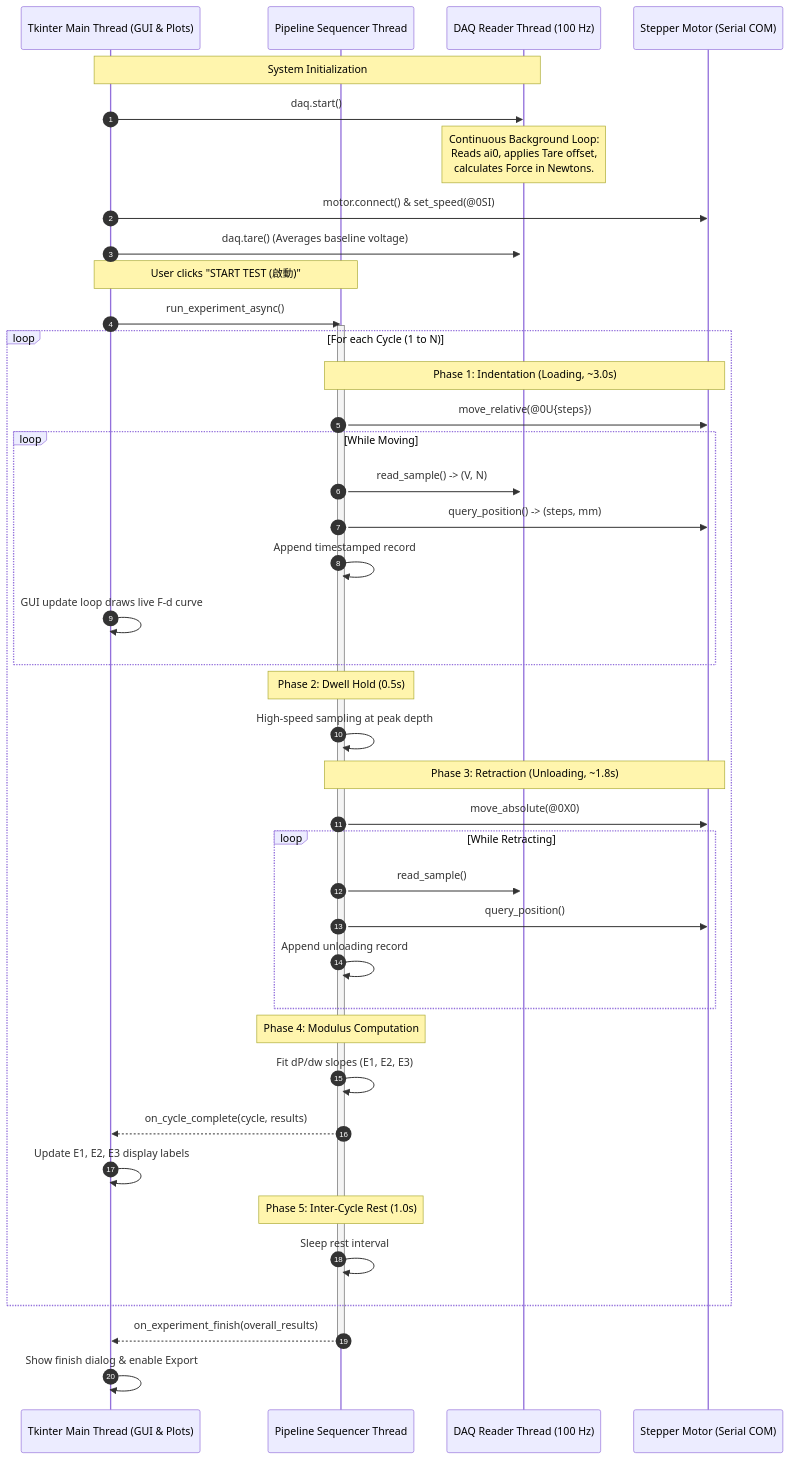
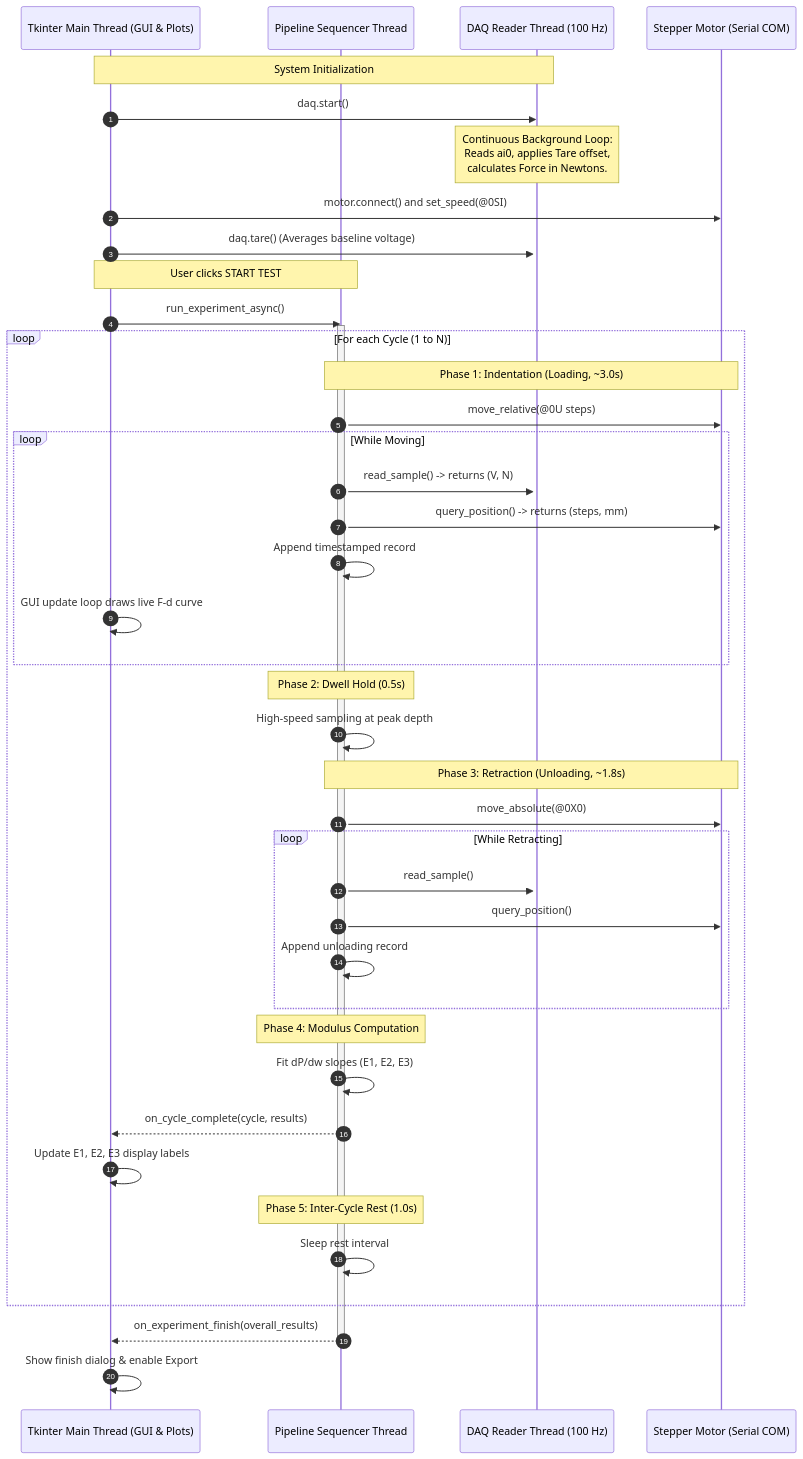
The second of 6 diagrams in WORKFLOW.md (Corneliox/Indenter_LabView2Python), drawn with Mermaid before and after one commit. The commit also changed other lines of this file, not shown here.

Commit message:
Fix Mermaid diagram syntax for GitHub rendering

````diff
--- a/WORKFLOW.md
+++ b/WORKFLOW.md
@@ -52,54 +52,54 @@
 ```mermaid
 sequenceDiagram
     autonumber
     participant GUI as Tkinter Main Thread (GUI & Plots)
     participant Seq as Pipeline Sequencer Thread
     participant DAQ as DAQ Reader Thread (100 Hz)
     participant Motor as Stepper Motor (Serial COM)
 
     Note over GUI,DAQ: System Initialization
     GUI->>DAQ: daq.start()
     activate DAQ
     Note over DAQ: Continuous Background Loop:<br/>Reads ai0, applies Tare offset,<br/>calculates Force in Newtons.
 
-    GUI->>Motor: motor.connect() & set_speed(@0SI)
+    GUI->>Motor: motor.connect() and set_speed(@0SI)
     GUI->>DAQ: daq.tare() (Averages baseline voltage)
 
-    Note over GUI,Seq: User clicks "START TEST (啟動)"
+    Note over GUI,Seq: User clicks START TEST
     GUI->>Seq: run_experiment_async()
     activate Seq
 
     loop For each Cycle (1 to N)
         Note over Seq,Motor: Phase 1: Indentation (Loading, ~3.0s)
-        Seq->>Motor: move_relative(@0U{steps})
+        Seq->>Motor: move_relative(@0U steps)
         loop While Moving
-            Seq->>DAQ: read_sample() -> (V, N)
-            Seq->>Motor: query_position() -> (steps, mm)
+            Seq->>DAQ: read_sample() -> returns (V, N)
+            Seq->>Motor: query_position() -> returns (steps, mm)
             Seq->>Seq: Append timestamped record
             GUI->>GUI: GUI update loop draws live F-d curve
         end
 
         Note over Seq: Phase 2: Dwell Hold (0.5s)
         Seq->>Seq: High-speed sampling at peak depth
 
         Note over Seq,Motor: Phase 3: Retraction (Unloading, ~1.8s)
         Seq->>Motor: move_absolute(@0X0)
         loop While Retracting
             Seq->>DAQ: read_sample()
             Seq->>Motor: query_position()
             Seq->>Seq: Append unloading record
         end
 
         Note over Seq: Phase 4: Modulus Computation
         Seq->>Seq: Fit dP/dw slopes (E1, E2, E3)
         Seq-->>GUI: on_cycle_complete(cycle, results)
         GUI->>GUI: Update E1, E2, E3 display labels
 
         Note over Seq: Phase 5: Inter-Cycle Rest (1.0s)
         Seq->>Seq: Sleep rest interval
     end
 
     Seq-->>GUI: on_experiment_finish(overall_results)
     deactivate Seq
     GUI->>GUI: Show finish dialog & enable Export
 ```
````
